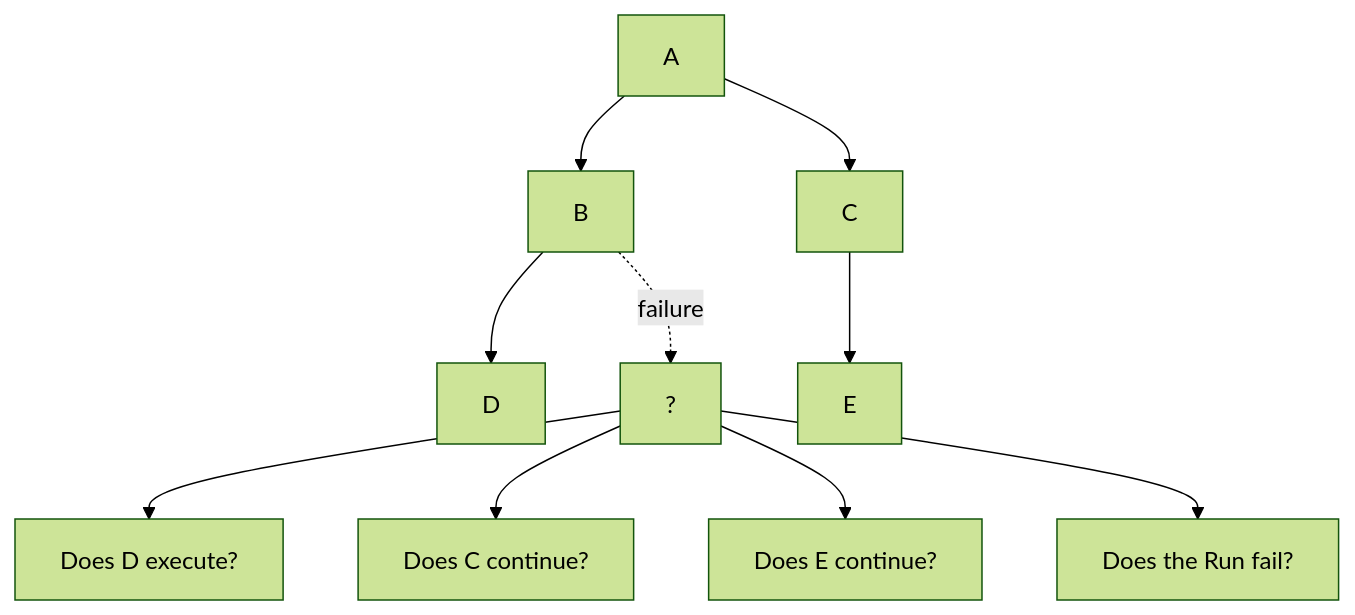
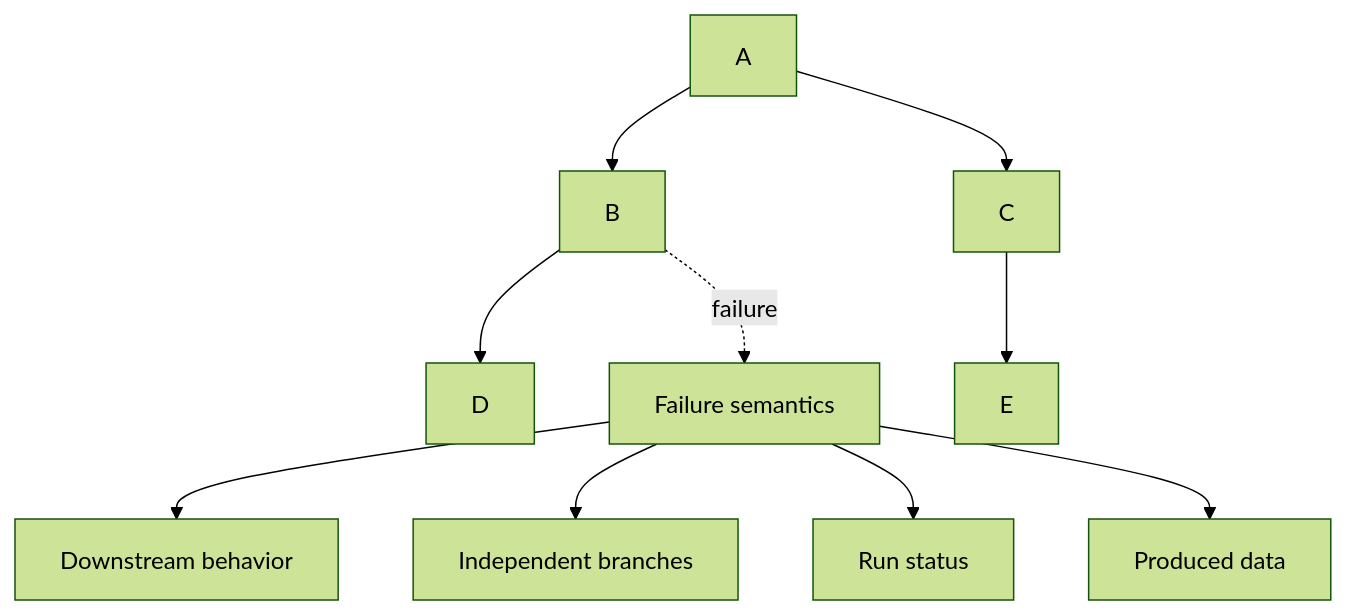
Before and after one commit to aam-cloudsky/Reed: the fifth of 13 diagrams in roadmap.md, drawn with Mermaid (forest theme). The commit also changed other lines of this file, not shown here.

First line of the commit message:
Revise Reed Architectural Roadmap for clarity and structure

````diff
--- a/roadmap.md
+++ b/roadmap.md
@@ -304,14 +257,14 @@
 ```mermaid
 flowchart TD
     A --> B
     A --> C
     B --> D
     C --> E
 
-    B -. failure .-> X["?"]
+    B -. failure .-> X["Failure semantics"]
 
-    X --> Q1["Does D execute?"]
-    X --> Q2["Does C continue?"]
-    X --> Q3["Does E continue?"]
-    X --> Q4["Does the Run fail?"]
+    X --> Q1["Downstream behavior"]
+    X --> Q2["Independent branches"]
+    X --> Q3["Run status"]
+    X --> Q4["Produced data"]
 ```
````
